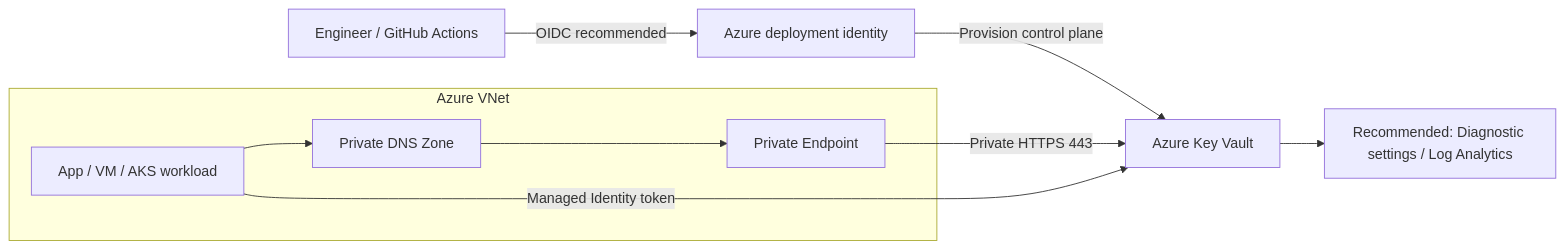
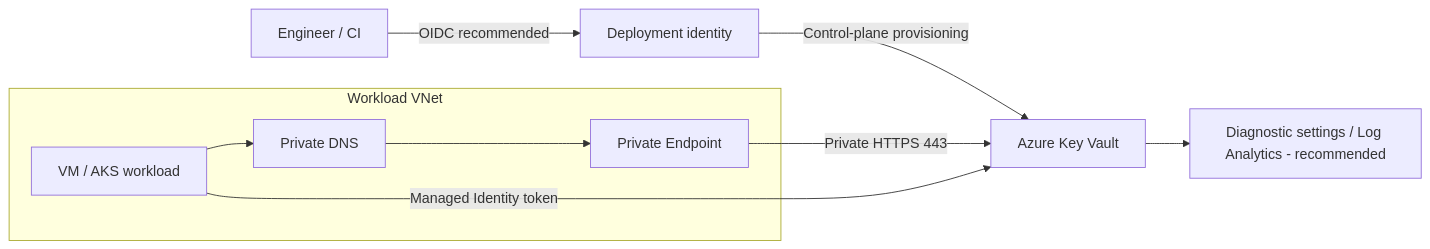
One commit to haqueamir70-coder/azure-key-vault-private-secrets changed the diagram in README.md. Above: the diagram before and after it, drawn with Mermaid. The commit also changed other lines of this file, not shown here.

````diff
--- a/README.md
+++ b/README.md
@@ -37,14 +32,14 @@
 ```mermaid
 flowchart LR
-  Dev[Engineer / GitHub Actions] -->|OIDC recommended| Deploy[Azure deployment identity]
-  Deploy -->|Provision control plane| KV[Azure Key Vault]
-  subgraph VNet[Azure VNet]
-    App[App / VM / AKS workload]
-    DNS[Private DNS Zone]
+  Engineer[Engineer / CI] -->|OIDC recommended| Identity[Deployment identity]
+  Identity -->|Control-plane provisioning| Vault[Azure Key Vault]
+  subgraph PrivateNetwork[Workload VNet]
+    App[VM / AKS workload]
+    DNS[Private DNS]
     PE[Private Endpoint]
     App --> DNS --> PE
   end
-  PE -->|Private HTTPS 443| KV
-  App -->|Managed Identity token| KV
-  KV --> Audit[Recommended: Diagnostic settings / Log Analytics]
+  PE -->|Private HTTPS 443| Vault
+  App -->|Managed Identity token| Vault
+  Vault --> Audit[Diagnostic settings / Log Analytics - recommended]
 ```
````
